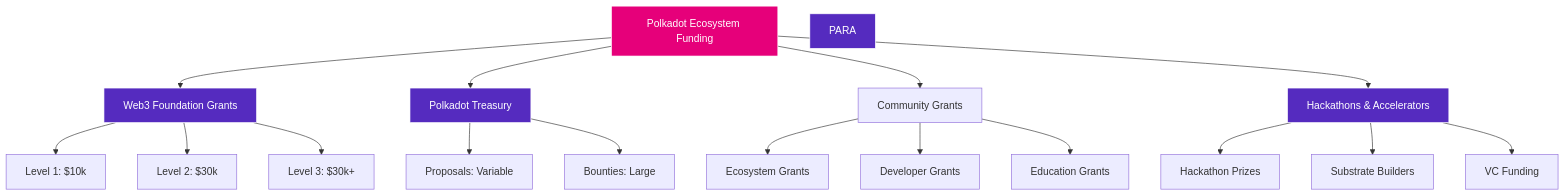
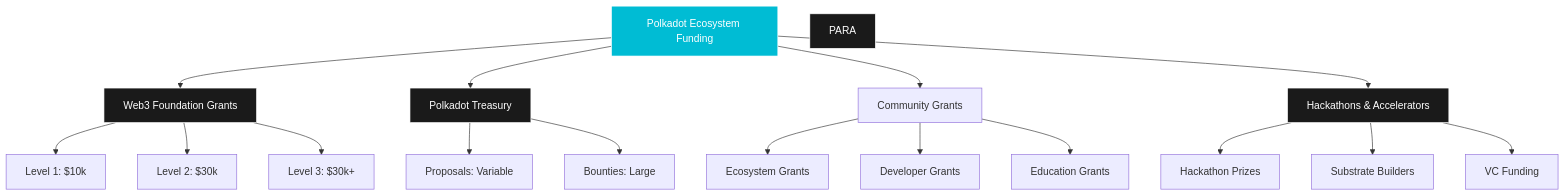
Before and after one commit to openguild-labs/polkadot-codecamp: the first of 17 diagrams in slides/polkadot-grant-ecosystem.md, drawn with Mermaid. The commit also changed other lines of this file and 6 other files, not shown here.

````diff
--- a/slides/polkadot-grant-ecosystem.md
+++ b/slides/polkadot-grant-ecosystem.md
@@ -42,30 +42,30 @@
 ```mermaid
 graph TB
     ROOT[Polkadot Ecosystem Funding]
 
     ROOT --> W3F[Web3 Foundation Grants]
     ROOT --> TREAS[Polkadot Treasury]
     ROOT --> COMM[Community Grants]
     ROOT --> HACK[Hackathons & Accelerators]
 
     W3F --> L1[Level 1: $10k]
     W3F --> L2[Level 2: $30k]
     W3F --> L3[Level 3: $30k+]
 
     TREAS --> PROP[Proposals: Variable]
     TREAS --> BOUNT[Bounties: Large]
 
     COMM --> ECO[Ecosystem Grants]
     COMM --> DEV[Developer Grants]
     COMM --> EDU[Education Grants]
 
     HACK --> PRIZE[Hackathon Prizes]
     HACK --> BUILD[Substrate Builders]
     HACK --> VC[VC Funding]
 
-    style ROOT fill:#E6007A,stroke:#fff,color:#fff
-    style W3F fill:#552BBF,stroke:#fff,color:#fff
-    style TREAS fill:#552BBF,stroke:#fff,color:#fff
-    style PARA fill:#552BBF,stroke:#fff,color:#fff
-    style HACK fill:#552BBF,stroke:#fff,color:#fff
+    style ROOT fill:#00BCD4,stroke:#fff,color:#fff
+    style W3F fill:#1a1a1a,stroke:#fff,color:#fff
+    style TREAS fill:#1a1a1a,stroke:#fff,color:#fff
+    style PARA fill:#1a1a1a,stroke:#fff,color:#fff
+    style HACK fill:#1a1a1a,stroke:#fff,color:#fff
 ```
````
